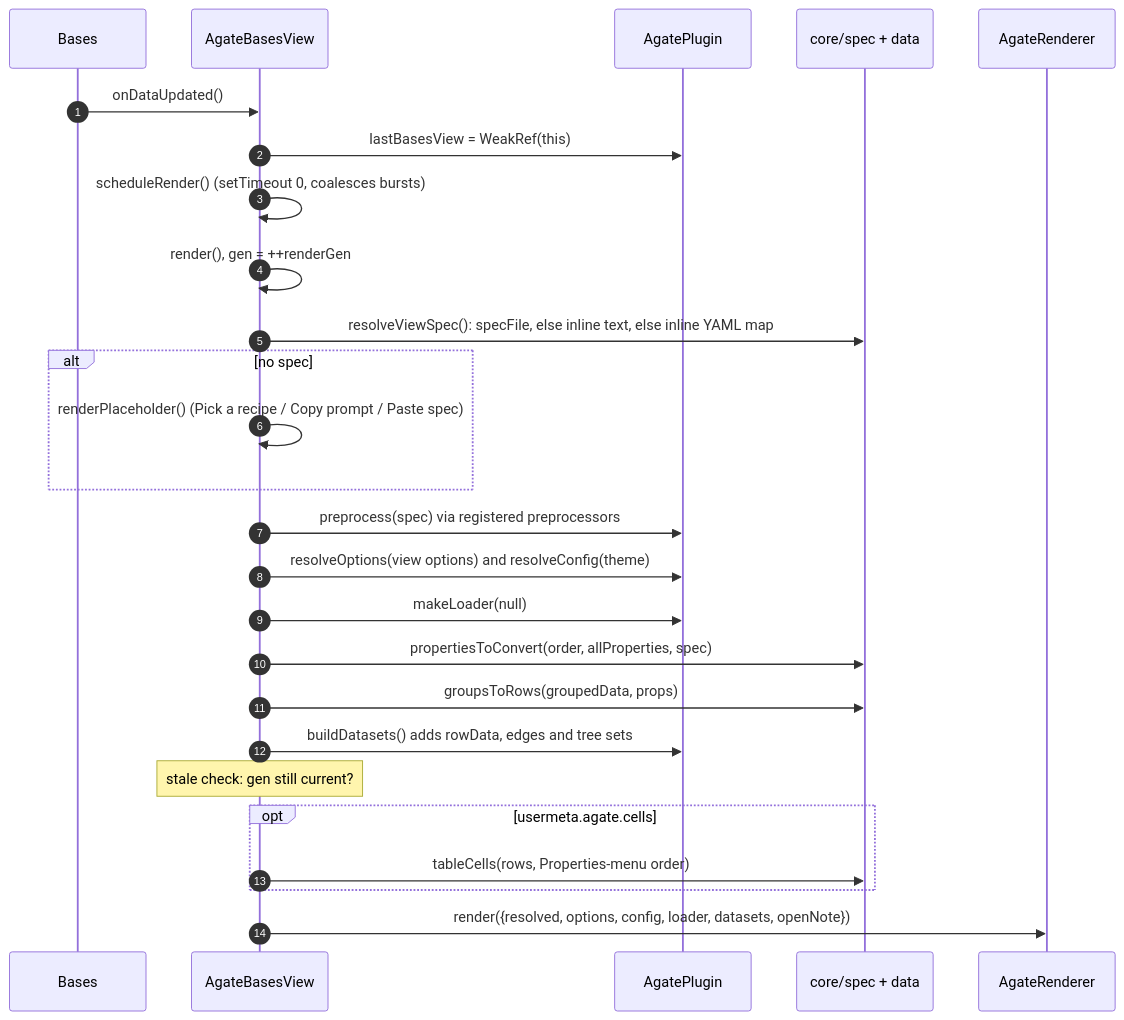
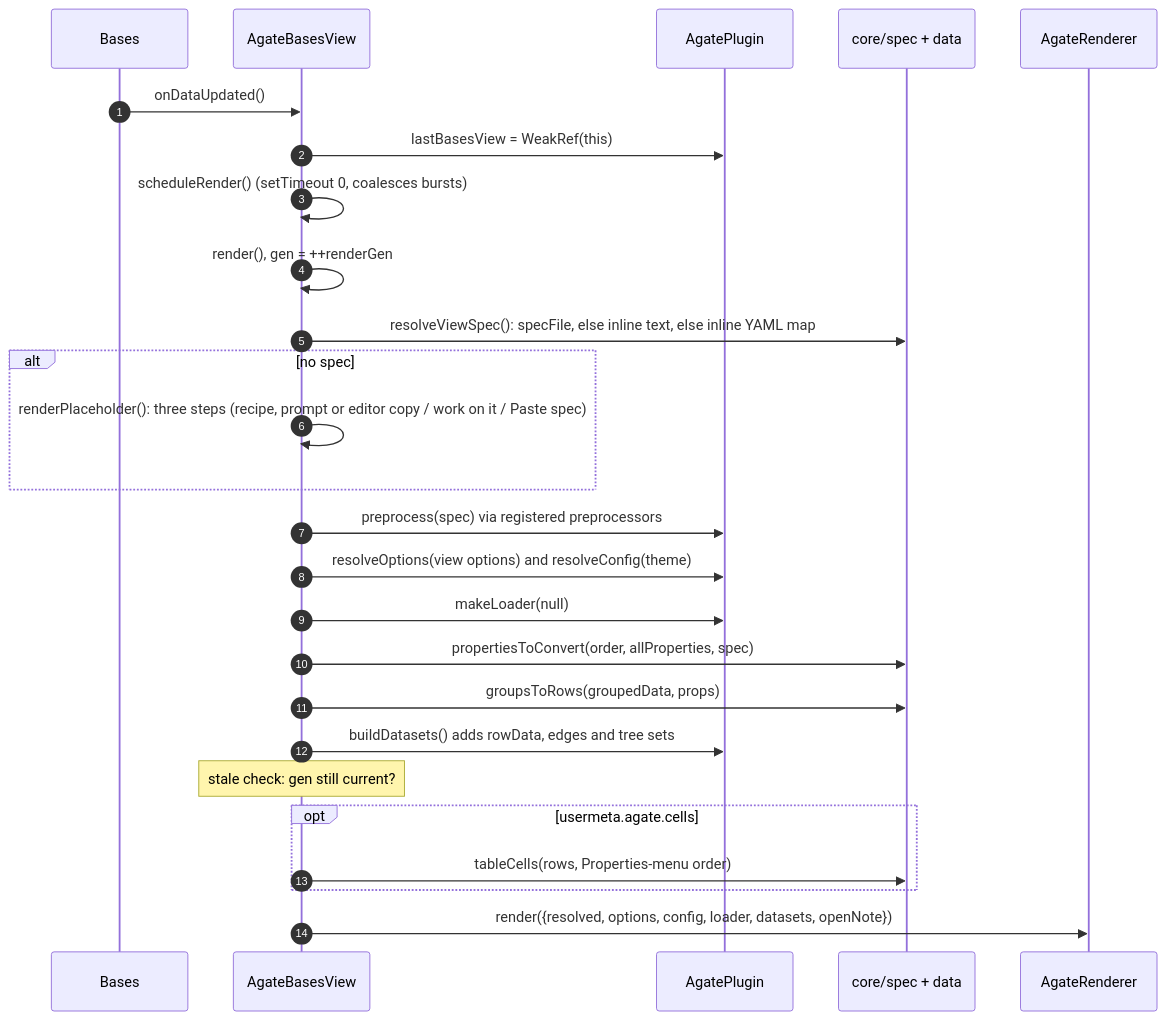
The fourth of 13 diagrams in docs/architecture.md (Casyfill/Agate), drawn with Mermaid before and after one commit. The commit also changed other lines of this file and 42 other files, not shown here.

````diff
--- a/docs/architecture.md
+++ b/docs/architecture.md
@@ -183,29 +183,29 @@
 ```mermaid
 sequenceDiagram
   autonumber
   participant B as Bases
   participant V as AgateBasesView
   participant P as AgatePlugin
   participant S as core/spec + data
   participant R as AgateRenderer
 
   B->>V: onDataUpdated()
   V->>P: lastBasesView = WeakRef(this)
   V->>V: scheduleRender() (setTimeout 0, coalesces bursts)
   V->>V: render(), gen = ++renderGen
   V->>S: resolveViewSpec(): specFile, else inline text, else inline YAML map
   alt no spec
-    V->>V: renderPlaceholder() (Pick a recipe / Copy prompt / Paste spec)
+    V->>V: renderPlaceholder(): three steps (recipe, prompt or editor copy / work on it / Paste spec)
   end
   V->>P: preprocess(spec) via registered preprocessors
   V->>P: resolveOptions(view options) and resolveConfig(theme)
   V->>P: makeLoader(null)
   V->>S: propertiesToConvert(order, allProperties, spec)
   V->>S: groupsToRows(groupedData, props)
   V->>P: buildDatasets() adds rowData, edges and tree sets
   Note over V: stale check: gen still current?
   opt usermeta.agate.cells
     V->>S: tableCells(rows, Properties-menu order)
   end
   V->>R: render({resolved, options, config, loader, datasets, openNote})
 ```
````
